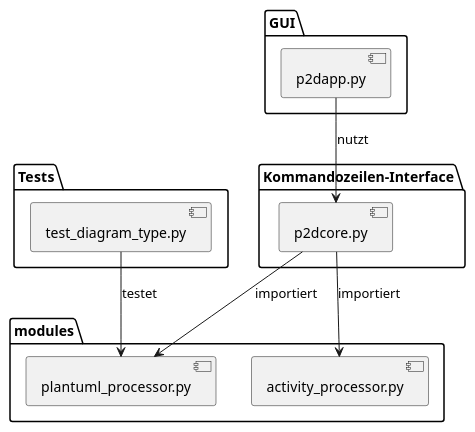
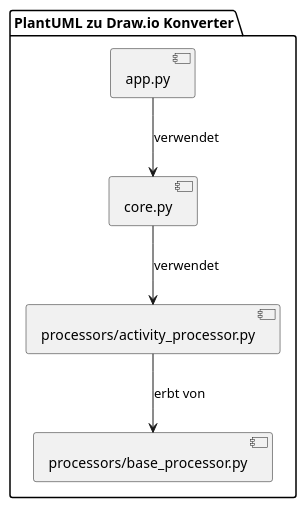
One commit to doubleSlashde/plantuml2drawio changed the first of 2 diagrams in docs/Systemarchitektur.md. Above: the diagram before and after it, drawn with PlantUML. The commit also changed other lines of this file and 44 other files, not shown here.

````diff
--- a/docs/Systemarchitektur.md
+++ b/docs/Systemarchitektur.md
@@ -16,27 +16,16 @@
 ```plantuml
 @startuml
 
-package "Kommandozeilen-Interface" {
-  [p2dcore.py] as Core
+package "PlantUML zu Draw.io Konverter" {
+  [core.py] as Core
+  [app.py] as App
+  [processors/activity_processor.py] as ActivityProcessor
+  [processors/base_processor.py] as BaseProcessor
 }
 
-package "GUI" {
-  [p2dapp.py] as App
-}
-
-package "modules" {
-  [plantuml_processor.py] as PlantUMLProcessor
-  [activity_processor.py] as ActivityProcessor
-}
-
-package "Tests" {
-  [test_diagram_type.py] as DiagramTypeTest
-}
-
-App --> Core : nutzt
-Core --> PlantUMLProcessor : importiert
-Core --> ActivityProcessor : importiert
-DiagramTypeTest --> PlantUMLProcessor : testet
+Core --> ActivityProcessor : verwendet
+App --> Core : verwendet
+ActivityProcessor --> BaseProcessor : erbt von
 
 @enduml
 ```
````
